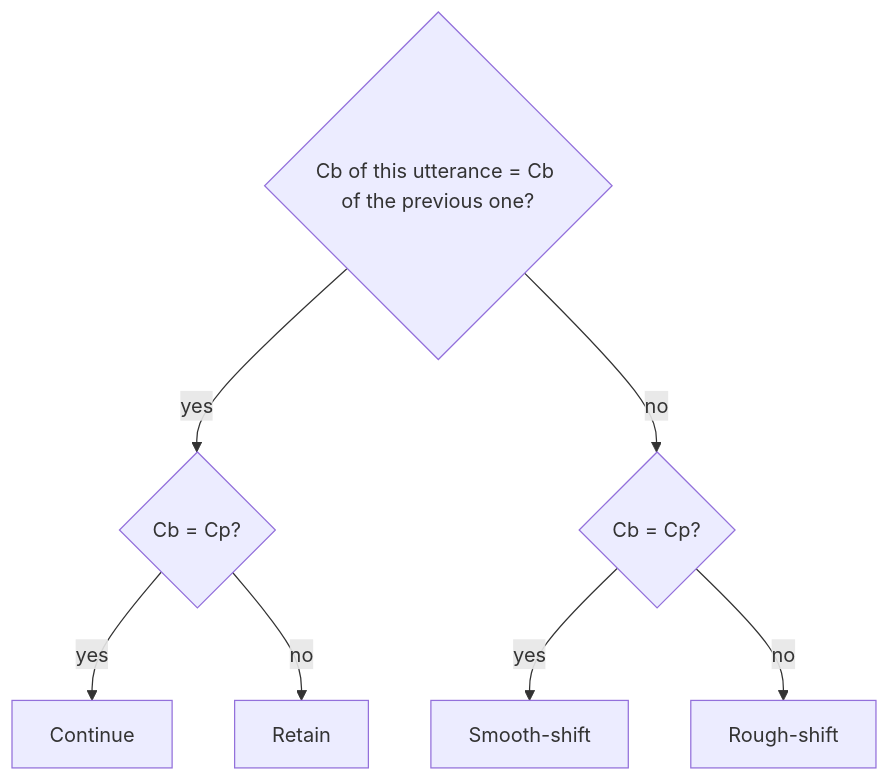
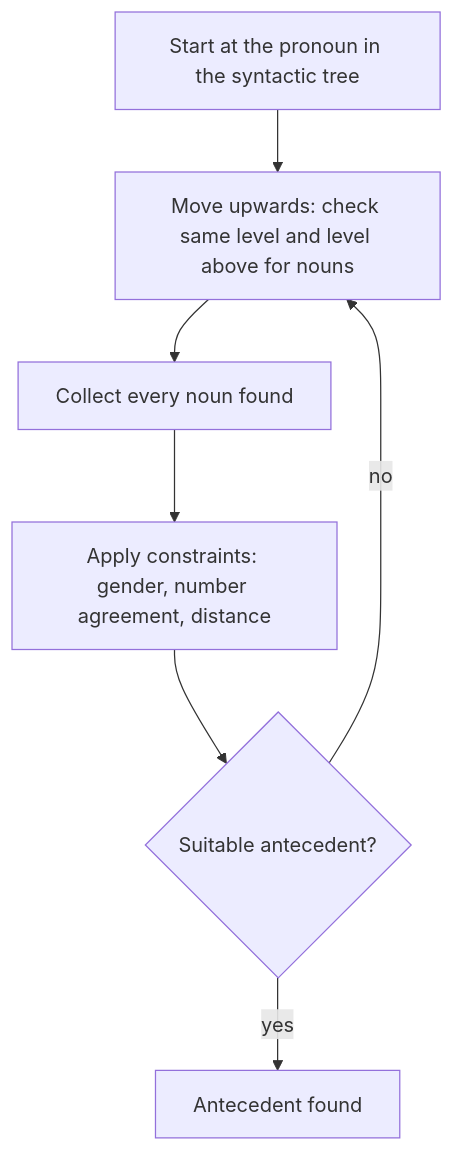
The third of 4 diagrams in content/natural-language-processing/notes/anaphora-resolution.mdx (TrendySloth1001/sem-seven-notes), drawn with Mermaid before and after one commit. The commit also changed other lines of this file and 406 other files, not shown here.

````diff
--- a/content/natural-language-processing/notes/anaphora-resolution.mdx
+++ b/content/natural-language-processing/notes/anaphora-resolution.mdx
@@ -295,11 +142,10 @@
 ```mermaid
-%% caption: Centering transitions. First ask whether the backward-looking center stayed the same, then whether it is also the preferred center. The most coherent transition (continue) is on the left, the least (rough-shift) on the right.
+%% caption: The four Hobbs steps as a flowchart. If no noun survives the constraints, the search is repeated.
 flowchart TD
-  Q1{"Cb of this utterance = Cb of the previous one?"}
-  Q1 -->|"yes"| Q2{"Cb = Cp?"}
-  Q1 -->|"no"| Q3{"Cb = Cp?"}
-  Q2 -->|"yes"| C1["Continue"]
-  Q2 -->|"no"| C2["Retain"]
-  Q3 -->|"yes"| C3["Smooth-shift"]
-  Q3 -->|"no"| C4["Rough-shift"]
+  A["Start at the pronoun in the syntactic tree"] --> B["Move upwards: check same level and level above for nouns"]
+  B --> C["Collect every noun found"]
+  C --> D["Apply constraints: gender, number agreement, distance"]
+  D --> E{"Suitable antecedent?"}
+  E -->|"yes"| F["Antecedent found"]
+  E -->|"no"| B
 ```
````
